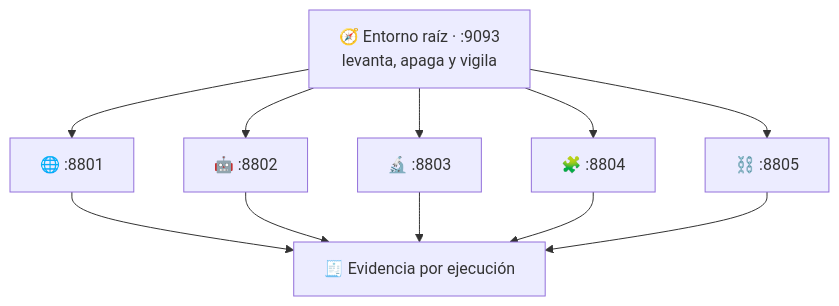
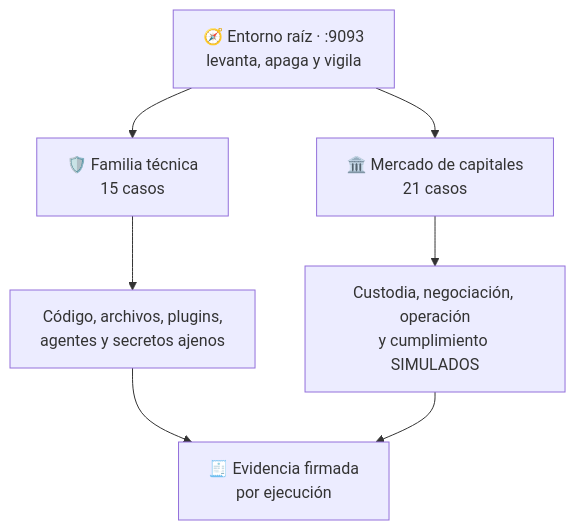
One commit to vladimiracunadev-create/sandbox-labs changed the diagram in README.md. Above: the diagram before and after it, drawn with Mermaid. The commit also changed other lines of this file and 48 other files, not shown here.

````diff
--- a/README.md
+++ b/README.md
@@ -93,5 +91,10 @@
 ```mermaid
 flowchart TB
-  R["🧭 Entorno raíz · :9093<br/>levanta, apaga y vigila"] --> C1["🌐 :8801"] & C2["🤖 :8802"] & C3["🔬 :8803"] & C4["🧩 :8804"] & C5["⛓️ :8805"]
-  C1 & C2 & C3 & C4 & C5 --> E["🧾 Evidencia por ejecución"]
+  R["🧭 Entorno raíz · :9093<br/>levanta, apaga y vigila"]
+  R --> T["🛡️ Familia técnica<br/>15 casos"]
+  R --> M["🏛️ Mercado de capitales<br/>21 casos"]
+  T --> T1["Código, archivos, plugins,<br/>agentes y secretos ajenos"]
+  M --> M1["Custodia, negociación, operación<br/>y cumplimiento SIMULADOS"]
+  T1 --> E["🧾 Evidencia firmada<br/>por ejecución"]
+  M1 --> E
 ```
````
